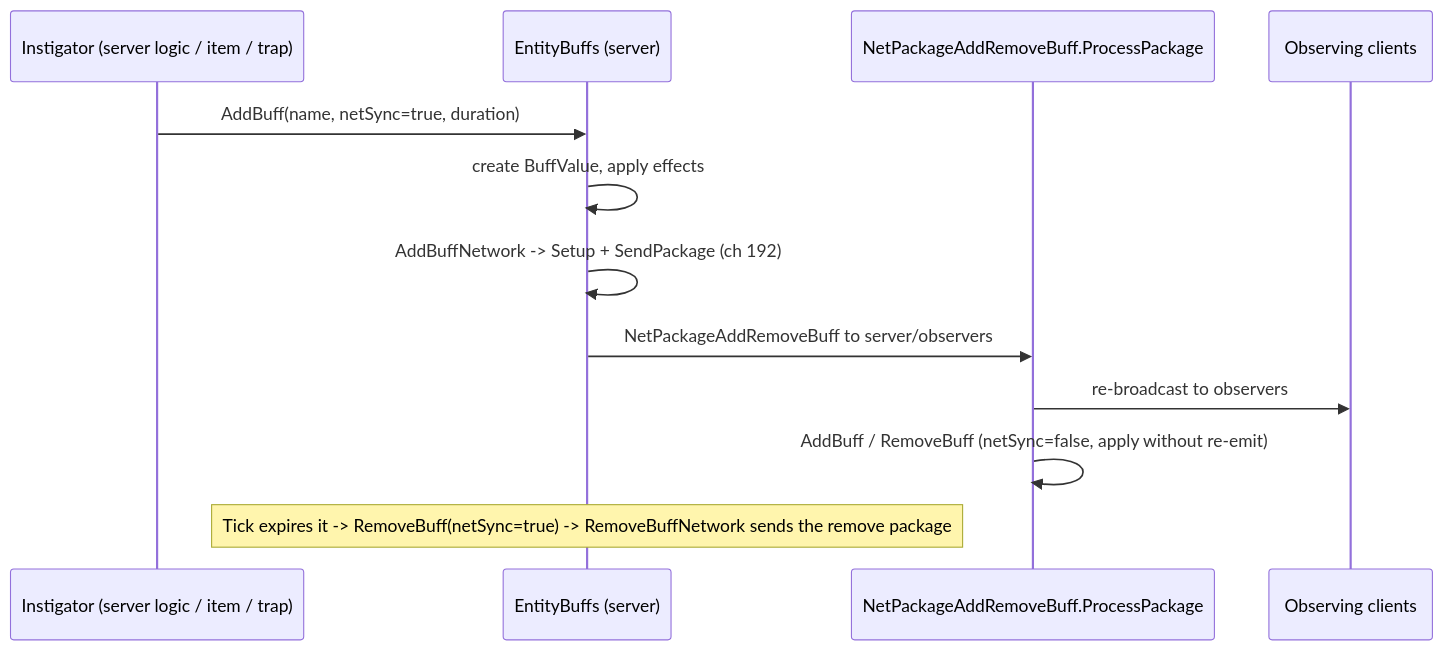
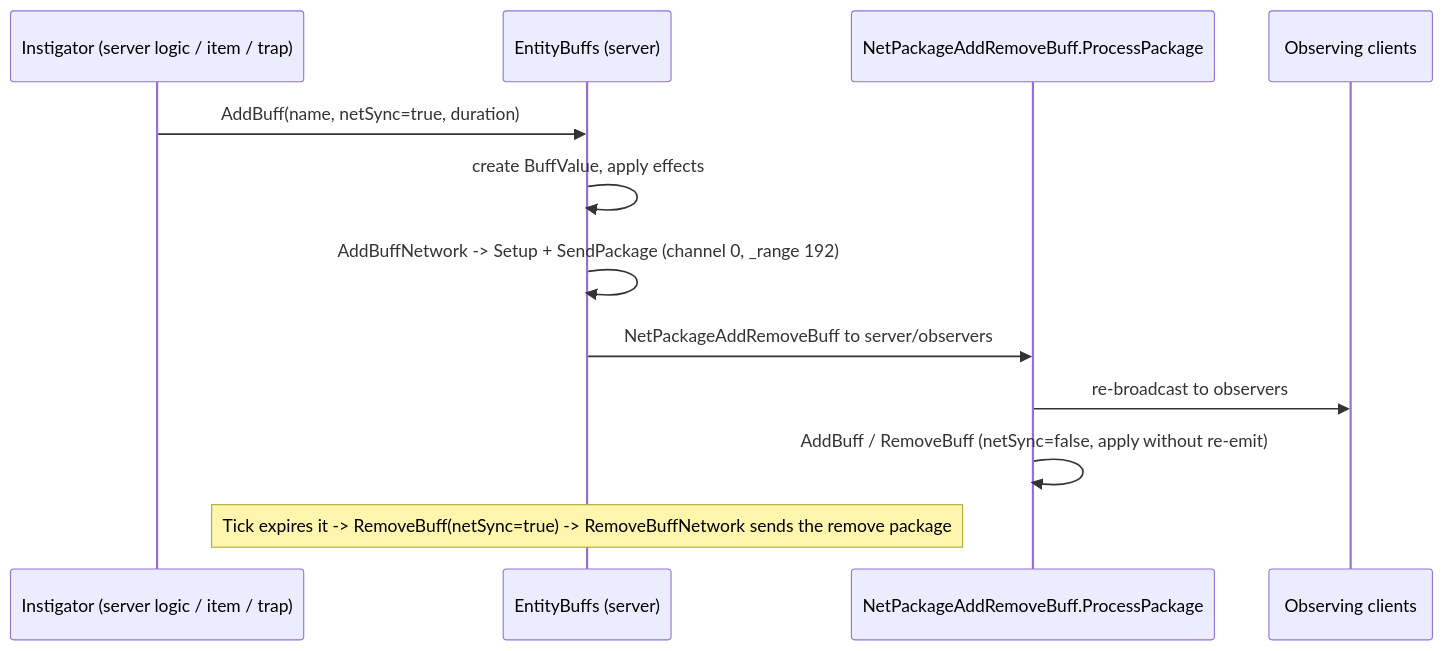
Before and after one commit to hordeforge/7dtd-engine-research: the second of 2 diagrams in docs/buffs.md, drawn with Mermaid. The commit also changed other lines of this file and 19 other files, not shown here.

````diff
--- a/docs/buffs.md
+++ b/docs/buffs.md
@@ -80,14 +82,14 @@
 ```mermaid
 sequenceDiagram
   participant SRC as Instigator (server logic / item / trap)
   participant EB as EntityBuffs (server)
   participant PP as NetPackageAddRemoveBuff.ProcessPackage
   participant CL as Observing clients
   SRC->>EB: AddBuff(name, netSync=true, duration)
   EB->>EB: create BuffValue, apply effects
-  EB->>EB: AddBuffNetwork -> Setup + SendPackage (ch 192)
+  EB->>EB: AddBuffNetwork -> Setup + SendPackage (channel 0, _range 192)
   EB->>PP: NetPackageAddRemoveBuff to server/observers
   PP->>CL: re-broadcast to observers
   PP->>PP: AddBuff / RemoveBuff (netSync=false, apply without re-emit)
   Note over EB: Tick expires it -> RemoveBuff(netSync=true) -> RemoveBuffNetwork sends the remove package
 ```
````
